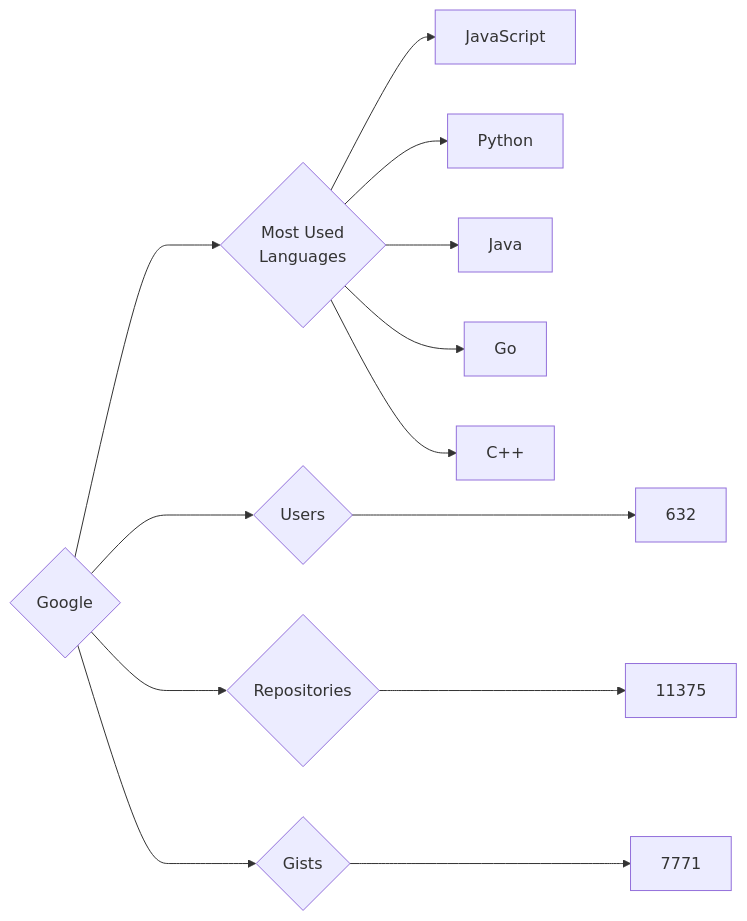
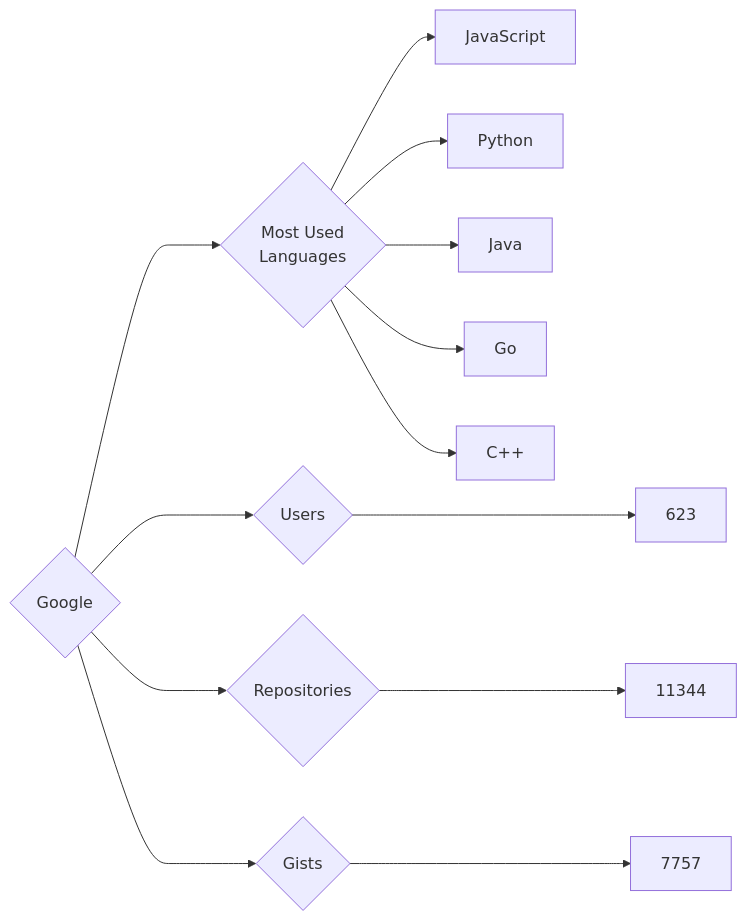
The diagram in targets/Google/README.md (trickest/insiders), drawn with Mermaid before and after one commit. The commit also changed 640 other files, not shown here.

````diff
--- a/targets/Google/README.md
+++ b/targets/Google/README.md
@@ -3,13 +3,13 @@
 ```mermaid
 graph LR
 COMPANY_NAME{Google}
-COMPANY_NAME ---> U{Users} ---> UN[632]
-COMPANY_NAME ---> R{Repositories} ---> RN[11375]
-COMPANY_NAME ---> G{Gists} ---> GN[7771]
+COMPANY_NAME ---> U{Users} ---> UN[623]
+COMPANY_NAME ---> R{Repositories} ---> RN[11344]
+COMPANY_NAME ---> G{Gists} ---> GN[7757]
 COMPANY_NAME ---> ML{Most Used<br>Languages}
 ML --> JavaScript[JavaScript]
 ML --> Python[Python]
 ML --> Java[Java]
 ML --> Go[Go]
 ML --> C++[C++]
 ```
````
